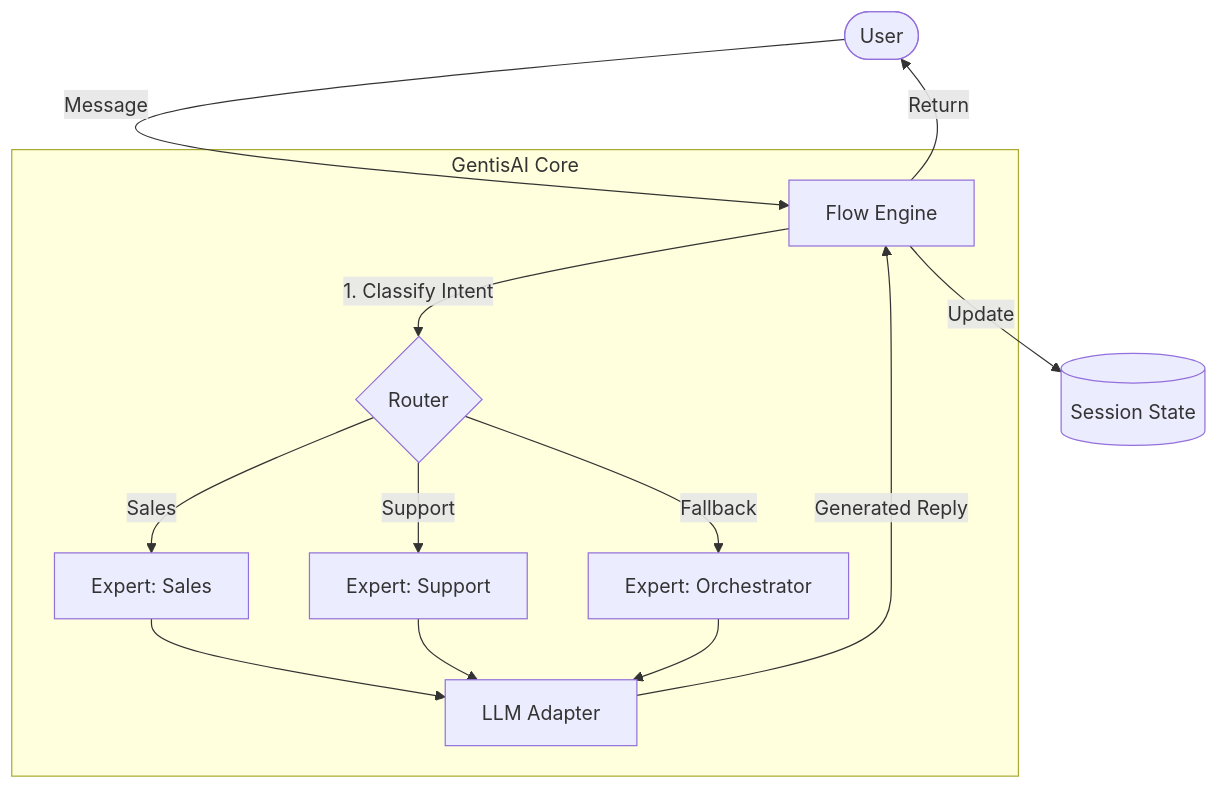
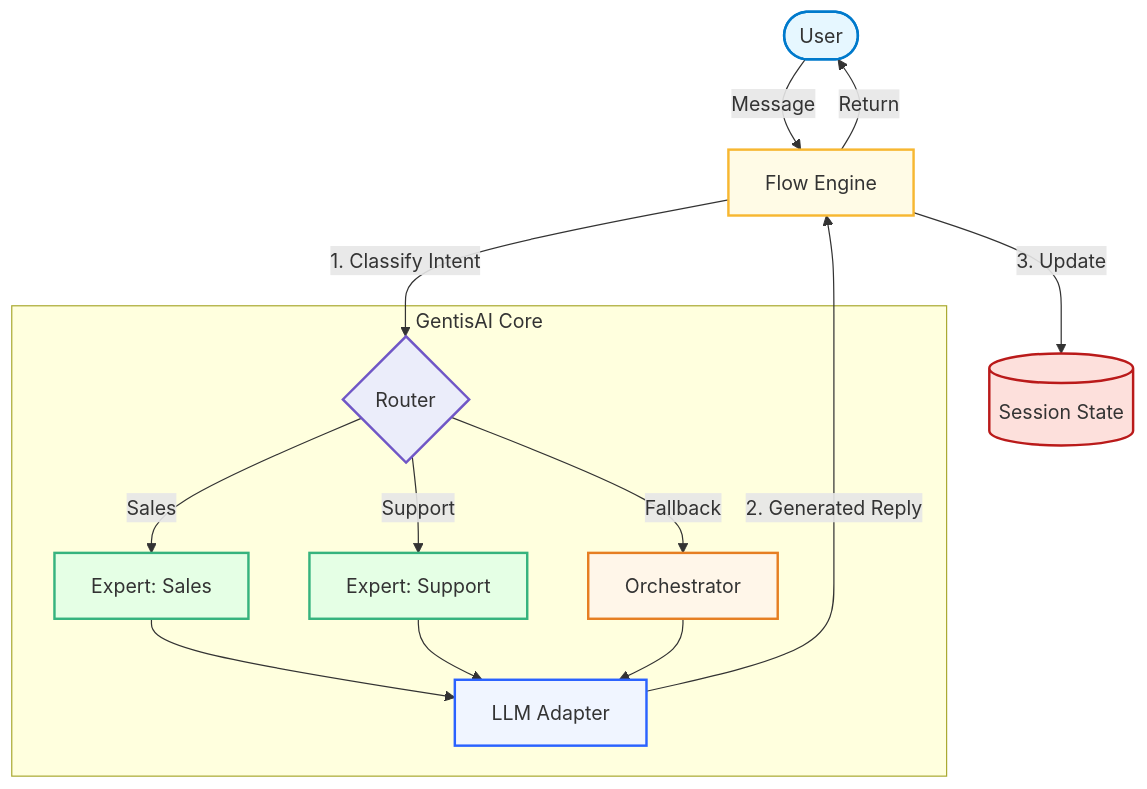
Before and after one commit to GhaouiYoussef/GentisAI: the diagram in README.md, drawn with Mermaid.

Commit message:
Enhance flowchart in README with new styles
Updated flowchart styles and node shapes in README.

````diff
--- a/README.md
+++ b/README.md
@@ -139,20 +139,49 @@
 ```mermaid
-graph TD
-    User([User]) -->|Message| Flow[Flow Engine]
-    
+flowchart TD
+    %% Define Styles
+    classDef userStyle fill:#e6f7ff,stroke:#007acc,stroke-width:2px;
+    classDef flowStyle fill:#fffbe6,stroke:#f7b731,stroke-width:2px;
+    classDef memoryStyle fill:#fde0dc,stroke:#ba1a1a,stroke-width:2px;
+    classDef expertStyle fill:#e5ffe5,stroke:#36b37e,stroke-width:2px;
+    classDef routerStyle fill:#ebedfa,stroke:#7057c6,stroke-width:2px;
+    classDef llmStyle fill:#f0f5ff,stroke:#2a62ff,stroke-width:2px;
+    classDef orchStyle fill:#fff6e9,stroke:#e67e22,stroke-width:2px;
+
+    %% Main Nodes with Improved Shapes
+    User@{ shape: stadium, label: "User" }
+    Flow@{ shape: rect, label: "Flow Engine" }
+    Memory@{ shape: cyl, label: "Session State" }
+
+    %% Subgraph for GentisAI Core
     subgraph "GentisAI Core"
-        Flow -->|1. Classify Intent| Router{Router}
-        
-        Router -->|Sales| ExpertA[Expert: Sales]
-        Router -->|Support| ExpertB[Expert: Support]
-        Router -->|Fallback| Orch[Expert: Orchestrator]
-        
-        ExpertA --> LLM[LLM Adapter]
-        ExpertB --> LLM
-        Orch --> LLM
+        Router@{ shape: diamond, label: "Router" }
+        ExpertA@{ shape: rect, label: "Expert: Sales" }
+        ExpertB@{ shape: rect, label: "Expert: Support" }
+        Orch@{ shape: rect, label: "Orchestrator" }
+        LLM@{ shape: rect, label: "LLM Adapter" }
     end
-    
-    LLM -->|Generated Reply| Flow
-    Flow -->|Update| Memory[(Session State)]
+
+    %% Flows
+    User -->|Message| Flow
+    Flow -->|1. Classify Intent| Router
+
+    Router -->|Sales| ExpertA
+    Router -->|Support| ExpertB
+    Router -->|Fallback| Orch
+
+    ExpertA --> LLM
+    ExpertB --> LLM
+    Orch --> LLM
+    LLM -->|2. Generated Reply| Flow
+    Flow -->|3. Update| Memory
     Flow -->|Return| User
+
+    %% Style the nodes
+    class User userStyle;
+    class Flow flowStyle;
+    class Memory memoryStyle;
+    class ExpertA,ExpertB expertStyle;
+    class Router routerStyle;
+    class Orch orchStyle;
+    class LLM llmStyle;
 ```
````
